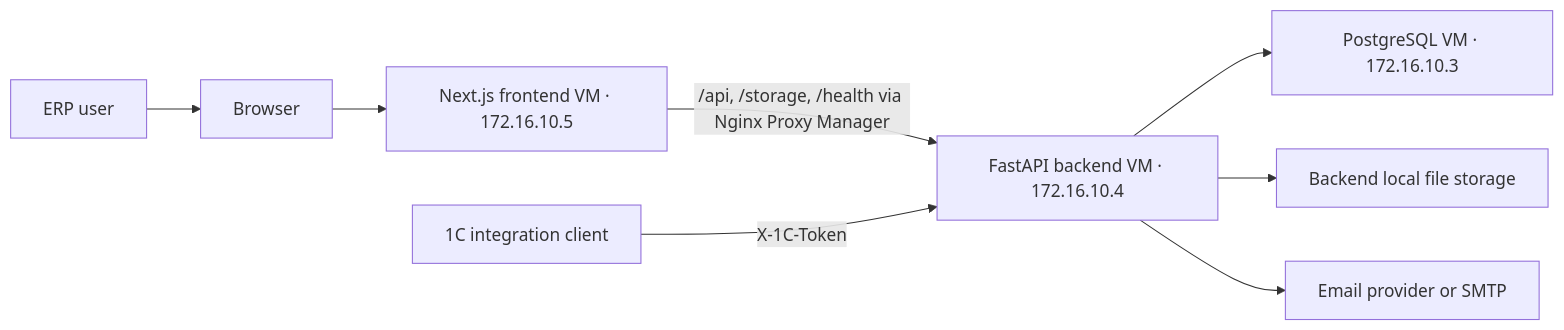
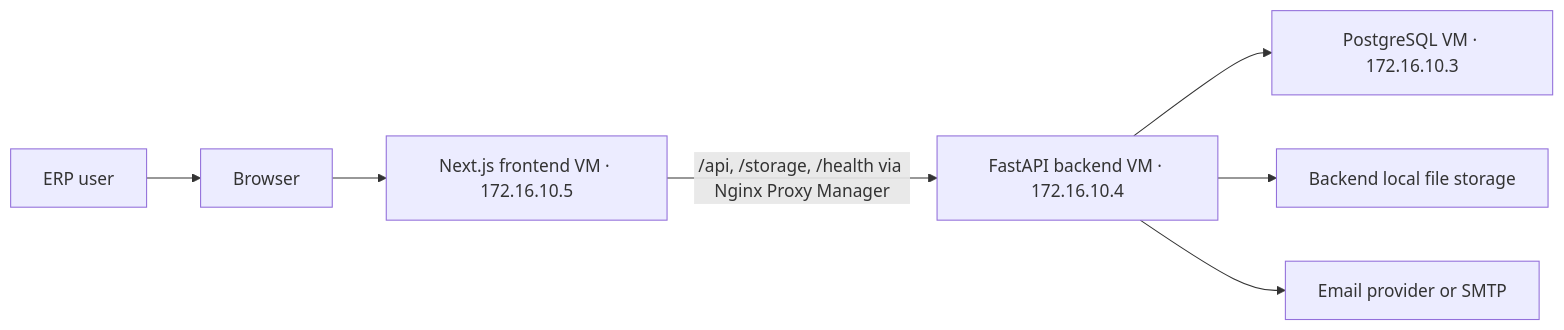
The first of 5 diagrams in docs/ARCHITECTURE.md (Shmirzaev/Milana-ERP), drawn with Mermaid before and after one commit. The commit also changed other lines of this file and 23 other files, not shown here.

````diff
--- a/docs/ARCHITECTURE.md
+++ b/docs/ARCHITECTURE.md
@@ -7,19 +7,17 @@
 ```mermaid
 flowchart LR
     user["ERP user"]
     browser["Browser"]
     frontend["Next.js frontend VM · 172.16.10.5"]
     api["FastAPI backend VM · 172.16.10.4"]
     db["PostgreSQL VM · 172.16.10.3"]
     storage["Backend local file storage"]
     email["Email provider or SMTP"]
-    onec["1C integration client"]
 
     user --> browser
     browser --> frontend
     frontend -->|/api, /storage, /health via Nginx Proxy Manager| api
     api --> db
     api --> storage
     api --> email
-    onec -->|X-1C-Token| api
 ```
````
